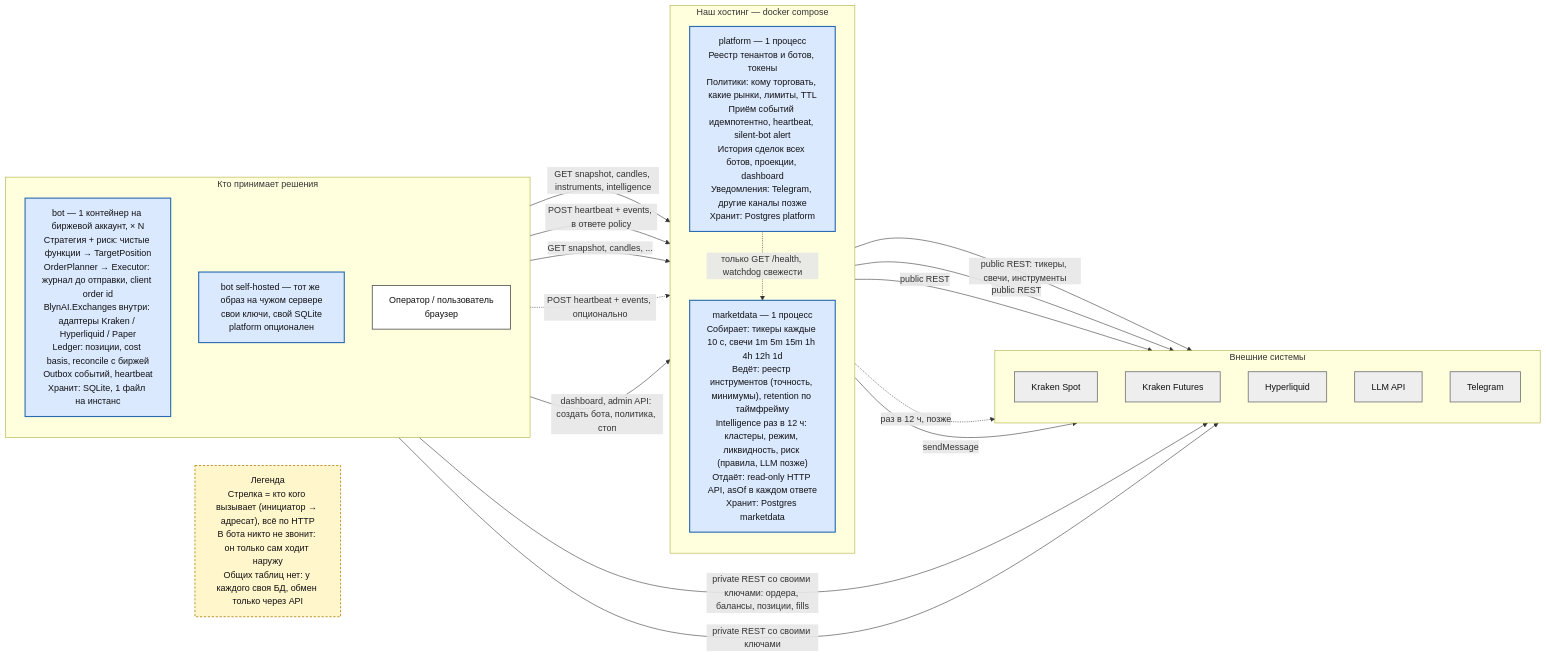
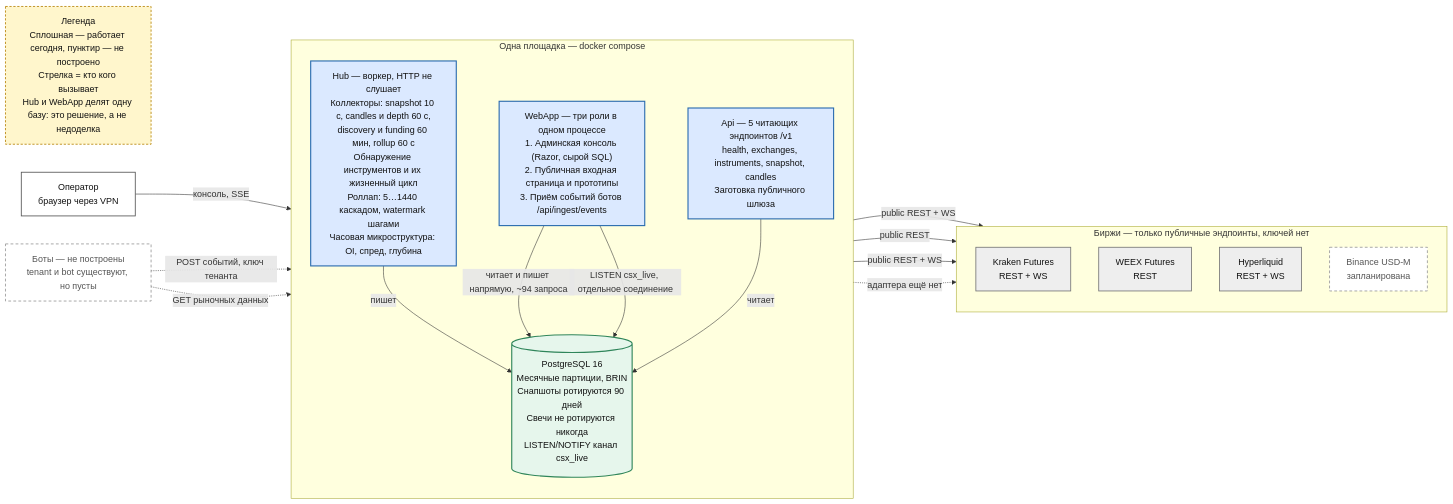
Before and after one commit to blyn-ai/CryptoSmith-X: the diagram in plans/architecture.mermaid, drawn with Mermaid. The commit also changed 19 other files, not shown here.

```diff
--- a/plans/architecture.mermaid
+++ b/plans/architecture.mermaid
@@ -1,54 +1,52 @@
 flowchart LR
-  %% Стрелка = кто инициирует вызов (всегда HTTP, инициатор → адресат).
-  %% В бота никто не звонит. Общих таблиц между компонентами нет.
-  %% Цвета текста заданы явно, чтобы схема читалась и в тёмной, и в светлой теме.
+  %% Состояние на 5 сентября 2026. Сплошная линия — построено, пунктир — нет.
+  %% Стрелка = кто инициирует. Hub и WebApp делят ОДНУ базу намеренно (решение A,
+  %% см. docs/decisions.md): консоль читает Postgres напрямую, без слоя API.
 
-  LEG["Легенда<br/>Стрелка = кто кого вызывает (инициатор → адресат), всё по HTTP<br/>В бота никто не звонит: он только сам ходит наружу<br/>Общих таблиц нет: у каждого своя БД, обмен только через API"]
+  LEG["Легенда<br/>Сплошная — работает сегодня, пунктир — не построено<br/>Стрелка = кто кого вызывает<br/>Hub и WebApp делят одну базу: это решение, а не недоделка"]
 
-  subgraph CALLERS["Кто принимает решения"]
+  subgraph OURS["Одна площадка — docker compose"]
     direction TB
-    B1["bot — 1 контейнер на биржевой аккаунт, × N<br/>Стратегия + риск: чистые функции → TargetPosition<br/>OrderPlanner → Executor: журнал до отправки, client order id<br/>BlynAI.Exchanges внутри: адаптеры Kraken / Hyperliquid / Paper<br/>Ledger: позиции, cost basis, reconcile с биржей<br/>Outbox событий, heartbeat<br/>Хранит: SQLite, 1 файл на инстанс"]
-    B3["bot self-hosted — тот же образ на чужом сервере<br/>свои ключи, свой SQLite<br/>platform опционален"]
-    U["Оператор / пользователь<br/>браузер"]
+    HUB["Hub — воркер, HTTP не слушает<br/>Коллекторы: snapshot 10 с, candles и depth 60 с,<br/>discovery и funding 60 мин, rollup 60 с<br/>Обнаружение инструментов и их жизненный цикл<br/>Роллап: 5…1440 каскадом, watermark шагами<br/>Часовая микроструктура: OI, спред, глубина"]
+    DB[("PostgreSQL 16<br/>Месячные партиции, BRIN<br/>Снапшоты ротируются 90 дней<br/>Свечи не ротируются никогда<br/>LISTEN/NOTIFY канал csx_live")]
+    WEB["WebApp — три роли в одном процессе<br/>1. Админская консоль (Razor, сырой SQL)<br/>2. Публичная входная страница и прототипы<br/>3. Приём событий ботов /api/ingest/events"]
+    API["Api — 5 читающих эндпоинтов /v1<br/>health, exchanges, instruments, snapshot, candles<br/>Заготовка публичного шлюза"]
   end
 
-  subgraph OURS["Наш хостинг — docker compose"]
+  subgraph EXT["Биржи — только публичные эндпоинты, ключей нет"]
     direction TB
-    MD["marketdata — 1 процесс<br/>Собирает: тикеры каждые 10 с, свечи 1m 5m 15m 1h 4h 12h 1d<br/>Ведёт: реестр инструментов (точность, минимумы), retention по таймфрейму<br/>Intelligence раз в 12 ч: кластеры, режим, ликвидность, риск (правила, LLM позже)<br/>Отдаёт: read-only HTTP API, asOf в каждом ответе<br/>Хранит: Postgres marketdata"]
-    PL["platform — 1 процесс<br/>Реестр тенантов и ботов, токены<br/>Политики: кому торговать, какие рынки, лимиты, TTL<br/>Приём событий идемпотентно, heartbeat, silent-bot alert<br/>История сделок всех ботов, проекции, dashboard<br/>Уведомления: Telegram, другие каналы позже<br/>Хранит: Postgres platform"]
+    KF["Kraken Futures<br/>REST + WS"]
+    WX["WEEX Futures<br/>REST"]
+    HL["Hyperliquid<br/>REST + WS"]
+    BN["Binance USD-M<br/>запланирована"]
   end
 
-  subgraph EXT["Внешние системы"]
-    direction TB
-    KS["Kraken Spot"]
-    KF["Kraken Futures"]
-    HL["Hyperliquid"]
-    LLM["LLM API"]
-    TG["Telegram"]
-  end
+  U["Оператор<br/>браузер через VPN"]
+  BOT["Боты — не построены<br/>tenant и bot существуют, но пусты"]
 
-  MD -->|"public REST: тикеры, свечи, инструменты"| KS
-  MD -->|"public REST"| KF
-  MD -->|"public REST"| HL
-  MD -.->|"раз в 12 ч, позже"| LLM
+  HUB -->|"public REST + WS"| KF
+  HUB -->|"public REST"| WX
+  HUB -->|"public REST + WS"| HL
+  HUB -.->|"адаптера ещё нет"| BN
 
-  B1 -->|"GET snapshot, candles, instruments, intelligence"| MD
-  B1 -->|"private REST со своими ключами: ордера, балансы, позиции, fills"| KF
-  B1 -->|"POST heartbeat + events, в ответе policy"| PL
+  HUB -->|"пишет"| DB
+  WEB -->|"читает и пишет напрямую, ~94 запроса"| DB
+  WEB -->|"LISTEN csx_live, отдельное соединение"| DB
+  API -->|"читает"| DB
 
-  B3 -->|"GET snapshot, candles, ..."| MD
-  B3 -->|"private REST со своими ключами"| HL
-  B3 -.->|"POST heartbeat + events, опционально"| PL
-
-  U -->|"dashboard, admin API: создать бота, политика, стоп"| PL
-  PL -->|"sendMessage"| TG
-  PL -.->|"только GET /health, watchdog свежести"| MD
+  U -->|"консоль, SSE"| WEB
+  BOT -.->|"POST событий, ключ тенанта"| WEB
+  BOT -.->|"GET рыночных данных"| API
 
   classDef ours fill:#dbe9ff,stroke:#2b6cb0,stroke-width:2px,color:#111111
+  classDef store fill:#e6f6ec,stroke:#2f855a,stroke-width:2px,color:#111111
   classDef ext fill:#eeeeee,stroke:#777777,stroke-width:1.5px,color:#111111
+  classDef todo fill:#ffffff,stroke:#999999,stroke-width:1.5px,stroke-dasharray:5 4,color:#555555
   classDef plain fill:#ffffff,stroke:#555555,stroke-width:1.5px,color:#111111
   classDef leg fill:#fff6cc,stroke:#b8860b,stroke-width:1.5px,stroke-dasharray:4 3,color:#111111
-  class MD,PL,B1,B3 ours
-  class KS,KF,HL,LLM,TG ext
+  class HUB,WEB,API ours
+  class DB store
+  class KF,WX,HL ext
+  class BN,BOT todo
   class U plain
   class LEG leg
```
